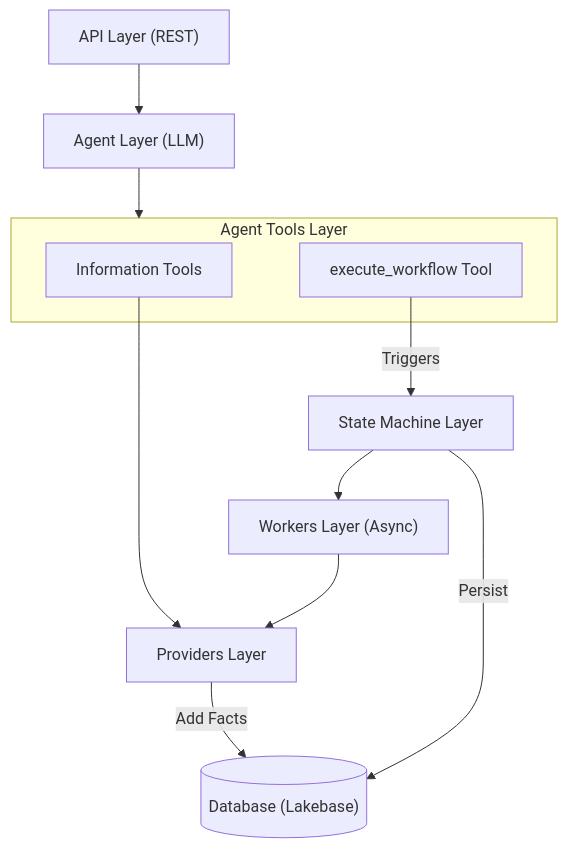
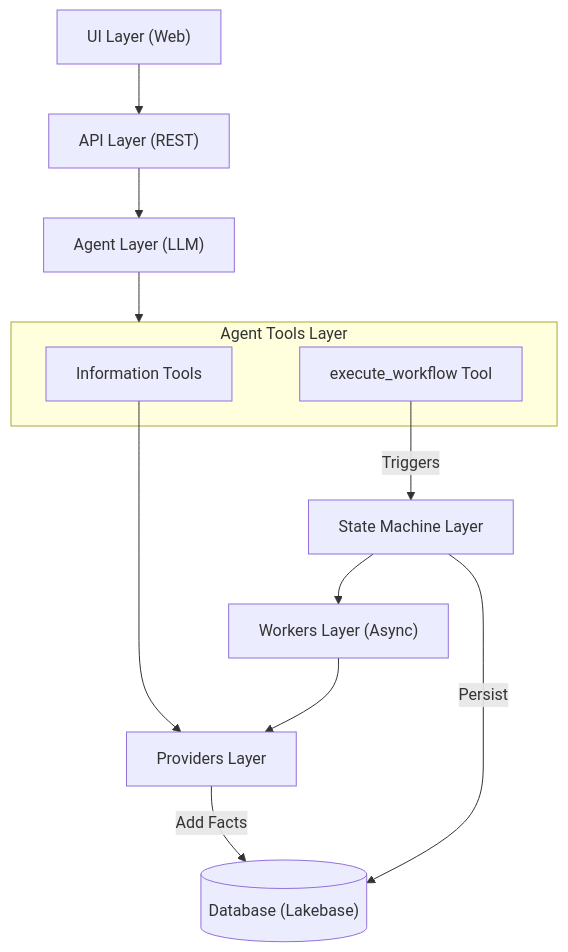
One commit to TaylorAHanson/ssc changed the diagram in backend/ARCHITECTURE.md. Above: the diagram before and after it, drawn with Mermaid. The commit also changed other lines of this file and 3 other files, not shown here.

Commit message:
major updates to architecture.md

````diff
--- a/backend/ARCHITECTURE.md
+++ b/backend/ARCHITECTURE.md
@@ -52,29 +18,31 @@
 ```mermaid
 graph TD
+    UI["UI Layer (Web)"]
     API["API Layer (REST)"]
     Agent["Agent Layer (LLM)"]
     
     subgraph AgentTools ["Agent Tools Layer"]
         Tools["Information Tools"]
         Exec["execute_workflow Tool"]
     end
     
     SM["State Machine Layer"]
     Workers["Workers Layer (Async)"]
     Providers["Providers Layer"]
     DB[("Database (Lakebase)")]
 
+    UI --> API
     API --> Agent
     
     Agent --> AgentTools
     
     Exec -->|Triggers| SM
     
     Tools --> Providers
     
     SM -->|Persist| DB
     SM --> Workers
     Workers --> Providers
     
     Providers -->|Add Facts| DB
 ```
````
